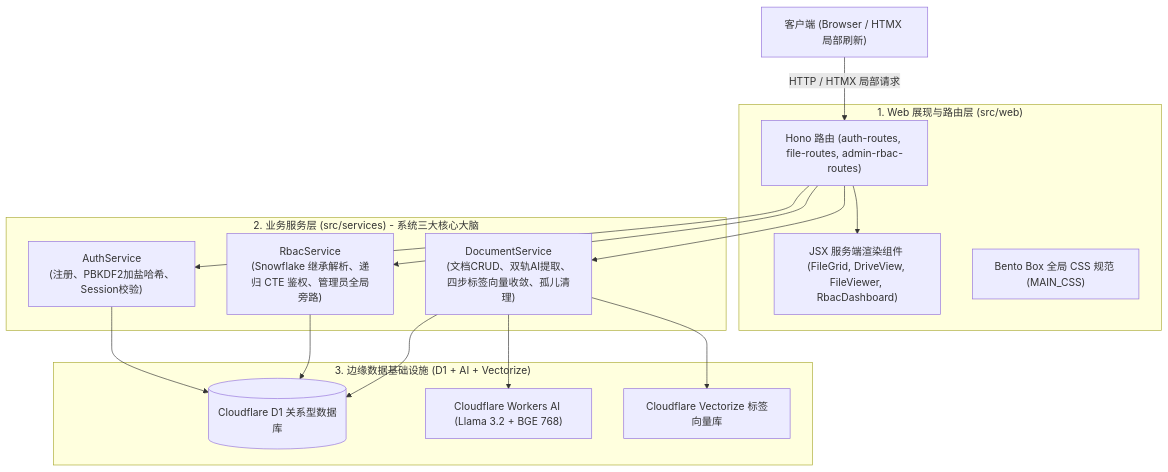
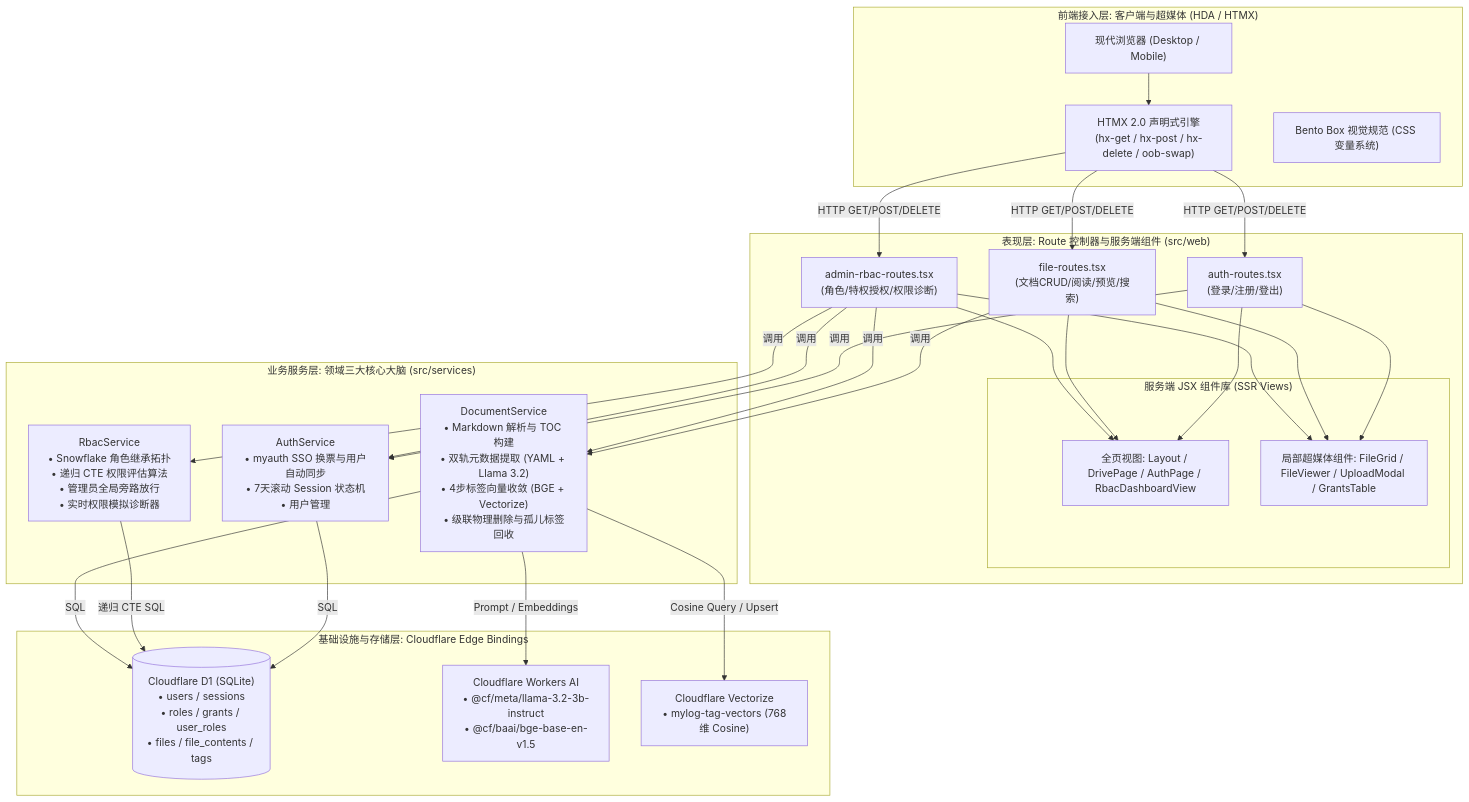
Before and after one commit to BIGMAX-RKO007/mylog: the first of 6 diagrams in DEVELOPMENT.md, drawn with Mermaid. The commit also changed other lines of this file and 15 other files, not shown here.

Commit message:
feat: integrate myauth SSO authentication and edge auth guard

````diff
--- a/DEVELOPMENT.md
+++ b/DEVELOPMENT.md
@@ -48,33 +63,45 @@
 ```mermaid
 graph TD
-    Client["客户端 (Browser / HTMX 局部刷新)"]
-    
-    subgraph Presentation["1. Web 展现与路由层 (src/web)"]
-        Routes["Hono 路由 (auth-routes, file-routes, admin-rbac-routes)"]
-        Views["JSX 服务端渲染组件 (FileGrid, DriveView, FileViewer, RbacDashboard)"]
-        Styles["Bento Box 全局 CSS 规范 (MAIN_CSS)"]
+    subgraph "前端接入层: 客户端与超媒体 (HDA / HTMX)"
+        Browser["现代浏览器 (Desktop / Mobile)"]
+        HTMX["HTMX 2.0 声明式引擎<br/>(hx-get / hx-post / hx-delete / oob-swap)"]
+        VanillaCSS["Bento Box 视觉规范 (CSS 变量系统)"]
+        Browser --> HTMX
     end
 
-    subgraph ServiceLayer["2. 业务服务层 (src/services) - 系统三大核心大脑"]
-        AuthSvc["AuthService<br/>(注册、PBKDF2加盐哈希、Session校验)"]
-        RbacSvc["RbacService<br/>(Snowflake 继承解析、递归 CTE 鉴权、管理员全局旁路)"]
-        DocSvc["DocumentService<br/>(文档CRUD、双轨AI提取、四步标签向量收敛、孤儿清理)"]
+    subgraph "表现层: Route 控制器与服务端组件 (src/web)"
+        AuthRoute["auth-routes.tsx<br/>(登录/注册/登出)"]
+        FileRoute["file-routes.tsx<br/>(文档CRUD/阅读/预览/搜索)"]
+        RbacRoute["admin-rbac-routes.tsx<br/>(角色/特权授权/权限诊断)"]
+        
+        subgraph "服务端 JSX 组件库 (SSR Views)"
+            FullViews["全页视图: Layout / DrivePage / AuthPage / RbacDashboardView"]
+            Partials["局部超媒体组件: FileGrid / FileViewer / UploadModal / GrantsTable"]
+        end
     end
 
-    subgraph Infrastructure["3. 边缘数据基础设施 (D1 + AI + Vectorize)"]
-        D1[("Cloudflare D1 关系型数据库")]
-        CF_AI["Cloudflare Workers AI (Llama 3.2 + BGE 768)"]
-        CF_Vec["Cloudflare Vectorize 标签向量库"]
+    subgraph "业务服务层: 领域三大核心大脑 (src/services)"
+        AuthSvc["AuthService<br/>• myauth SSO 换票与用户自动同步<br/>• 7天滚动 Session 状态机<br/>• 用户管理"]
+        DocSvc["DocumentService<br/>• Markdown 解析与 TOC 构建<br/>• 双轨元数据提取 (YAML + Llama 3.2)<br/>• 4步标签向量收敛 (BGE + Vectorize)<br/>• 级联物理删除与孤儿标签回收"]
+        RbacSvc["RbacService<br/>• Snowflake 角色继承拓扑<br/>• 递归 CTE 权限评估算法<br/>• 管理员全局旁路放行<br/>• 实时权限模拟诊断器"]
     end
 
-    Client -->|HTTP / HTMX 局部请求| Routes
-    Routes --> Views
-    Routes --> AuthSvc
-    Routes --> RbacSvc
-    Routes --> DocSvc
-    AuthSvc --> D1
-    RbacSvc --> D1
-    DocSvc --> D1
-    DocSvc --> CF_AI
-    DocSvc --> CF_Vec
+    subgraph "基础设施与存储层: Cloudflare Edge Bindings"
+        D1[("Cloudflare D1 (SQLite)<br/>• users / sessions<br/>• roles / grants / user_roles<br/>• files / file_contents / tags")]
+        CF_AI["Cloudflare Workers AI<br/>• @cf/meta/llama-3.2-3b-instruct<br/>• @cf/baai/bge-base-en-v1.5"]
+        CF_Vec["Cloudflare Vectorize<br/>• mylog-tag-vectors (768维 Cosine)"]
+    end
+
+    HTMX -->|HTTP GET/POST/DELETE| AuthRoute & FileRoute & RbacRoute
+    AuthRoute & FileRoute & RbacRoute --> FullViews & Partials
+    
+    AuthRoute -->|调用| AuthSvc
+    FileRoute -->|调用| DocSvc
+    RbacRoute -->|调用| RbacSvc & AuthSvc & DocSvc
+
+    AuthSvc -->|SQL| D1
+    RbacSvc -->|递归 CTE SQL| D1
+    DocSvc -->|SQL| D1
+    DocSvc -->|Prompt / Embeddings| CF_AI
+    DocSvc -->|Cosine Query / Upsert| CF_Vec
 ```
````
